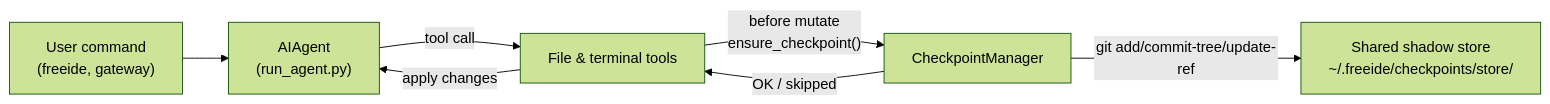
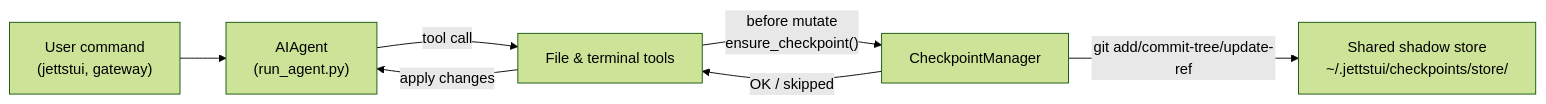
The diagram in docs/user-guide/checkpoints-and-rollback.md (Raioshok/JETTS-TUI), drawn with Mermaid (forest theme) before and after one commit. The commit also changed other lines of this file and 4631 other files, not shown here.

````diff
--- a/docs/user-guide/checkpoints-and-rollback.md
+++ b/docs/user-guide/checkpoints-and-rollback.md
@@ -69,15 +69,15 @@
 ```mermaid
 flowchart LR
-  user["User command\n(freeide, gateway)"]
+  user["User command\n(jettstui, gateway)"]
   agent["AIAgent\n(run_agent.py)"]
   tools["File & terminal tools"]
   cpMgr["CheckpointManager"]
-  store["Shared shadow store\n~/.freeide/checkpoints/store/"]
+  store["Shared shadow store\n~/.jettstui/checkpoints/store/"]
 
   user --> agent
   agent -->|"tool call"| tools
   tools -->|"before mutate\nensure_checkpoint()"| cpMgr
   cpMgr -->|"git add/commit-tree/update-ref"| store
   cpMgr -->|"OK / skipped"| tools
   tools -->|"apply changes"| agent
 ```
````
